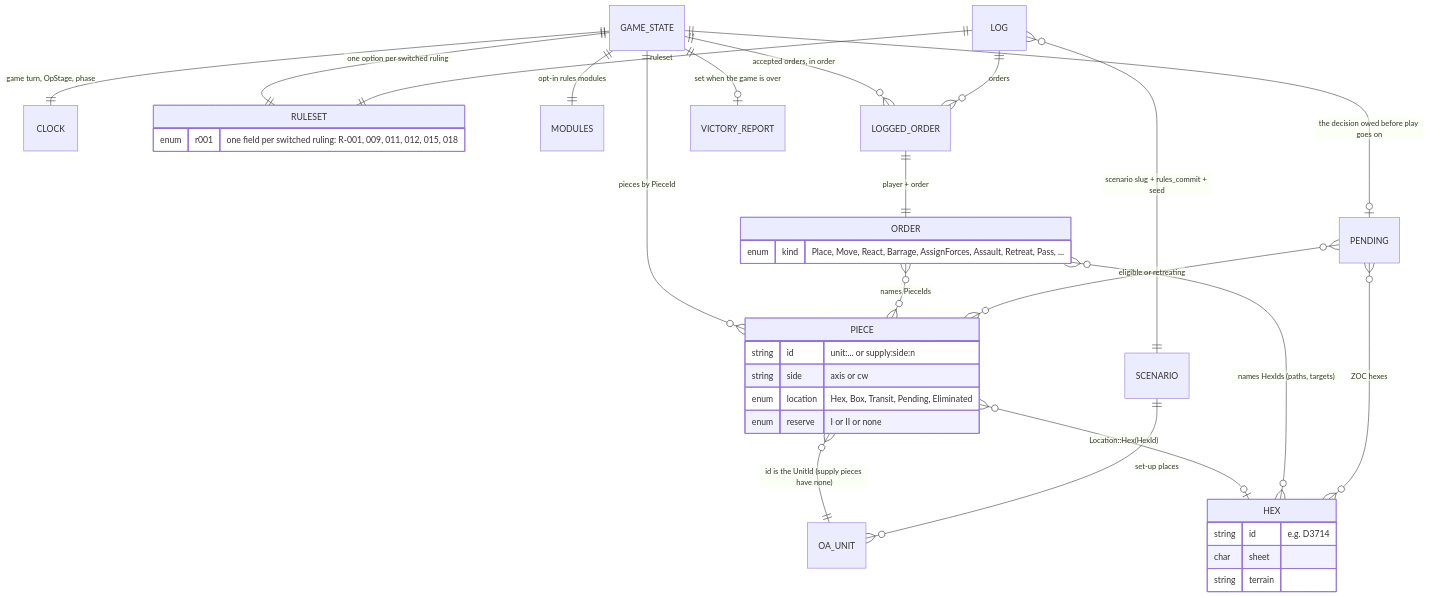
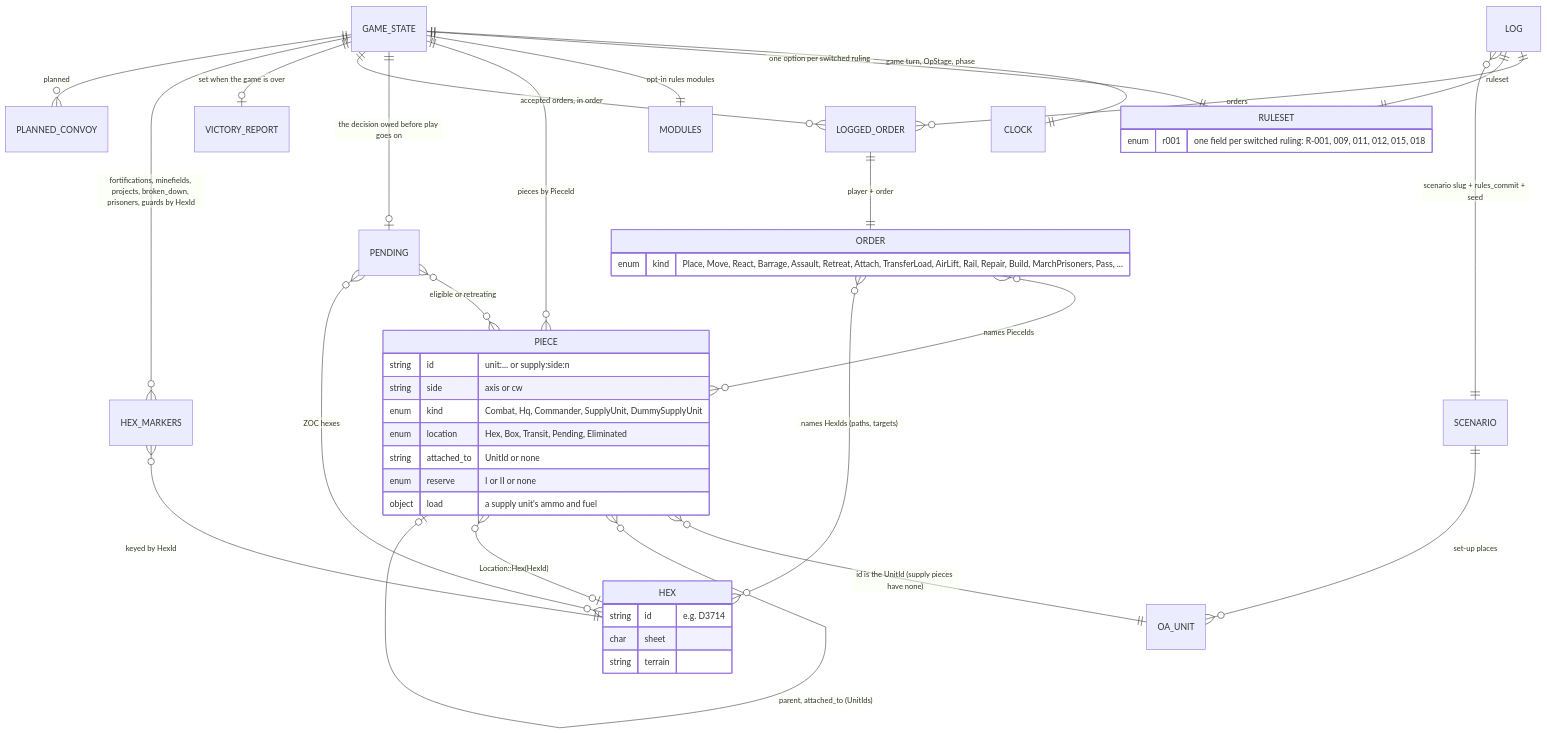
The second of 3 diagrams in ARCHITECTURE.md (basmith7/cna-engine), drawn with Mermaid before and after one commit. The commit also changed other lines of this file, not shown here.

Commit message:
docs: refresh ARCHITECTURE.md against main after Mission 5

````diff
--- a/ARCHITECTURE.md
+++ b/ARCHITECTURE.md
@@ -66,38 +67,45 @@
 ```mermaid
 erDiagram
     GAME_STATE ||--|| CLOCK : "game turn, OpStage, phase"
     GAME_STATE ||--|| RULESET : "one option per switched ruling"
     GAME_STATE ||--|| MODULES : "opt-in rules modules"
     GAME_STATE ||--o{ PIECE : "pieces by PieceId"
     GAME_STATE ||--o| PENDING : "the decision owed before play goes on"
     GAME_STATE ||--o{ LOGGED_ORDER : "accepted orders, in order"
     GAME_STATE ||--o| VICTORY_REPORT : "set when the game is over"
+    GAME_STATE ||--o{ HEX_MARKERS : "fortifications, minefields, projects, broken_down, prisoners, guards by HexId"
+    GAME_STATE ||--o{ PLANNED_CONVOY : "planned"
+    HEX_MARKERS }o--|| HEX : "keyed by HexId"
     PIECE }o--|| OA_UNIT : "id is the UnitId (supply pieces have none)"
+    PIECE }o--o| PIECE : "parent, attached_to (UnitIds)"
     PIECE }o--o| HEX : "Location::Hex(HexId)"
     LOGGED_ORDER ||--|| ORDER : "player + order"
     ORDER }o--o{ PIECE : "names PieceIds"
     ORDER }o--o{ HEX : "names HexIds (paths, targets)"
     PENDING }o--o{ PIECE : "eligible or retreating"
     PENDING }o--o{ HEX : "ZOC hexes"
     LOG ||--o{ LOGGED_ORDER : "orders"
     LOG ||--|| RULESET : "ruleset"
     LOG }o--|| SCENARIO : "scenario slug + rules_commit + seed"
     SCENARIO ||--o{ OA_UNIT : "set-up places"
     HEX {
         string id "e.g. D3714"
         char sheet
         string terrain
     }
     PIECE {
         string id "unit:... or supply:side:n"
         string side "axis or cw"
+        enum kind "Combat, Hq, Commander, SupplyUnit, DummySupplyUnit"
         enum location "Hex, Box, Transit, Pending, Eliminated"
+        string attached_to "UnitId or none"
         enum reserve "I or II or none"
+        object load "a supply unit's ammo and fuel"
     }
     ORDER {
-        enum kind "Place, Move, React, Barrage, AssignForces, Assault, Retreat, Pass, ..."
+        enum kind "Place, Move, React, Barrage, Assault, Retreat, Attach, TransferLoad, AirLift, Rail, Repair, Build, MarchPrisoners, Pass, ..."
     }
     RULESET {
         enum r001 "one field per switched ruling: R-001, 009, 011, 012, 015, 018"
     }
 ```
````
